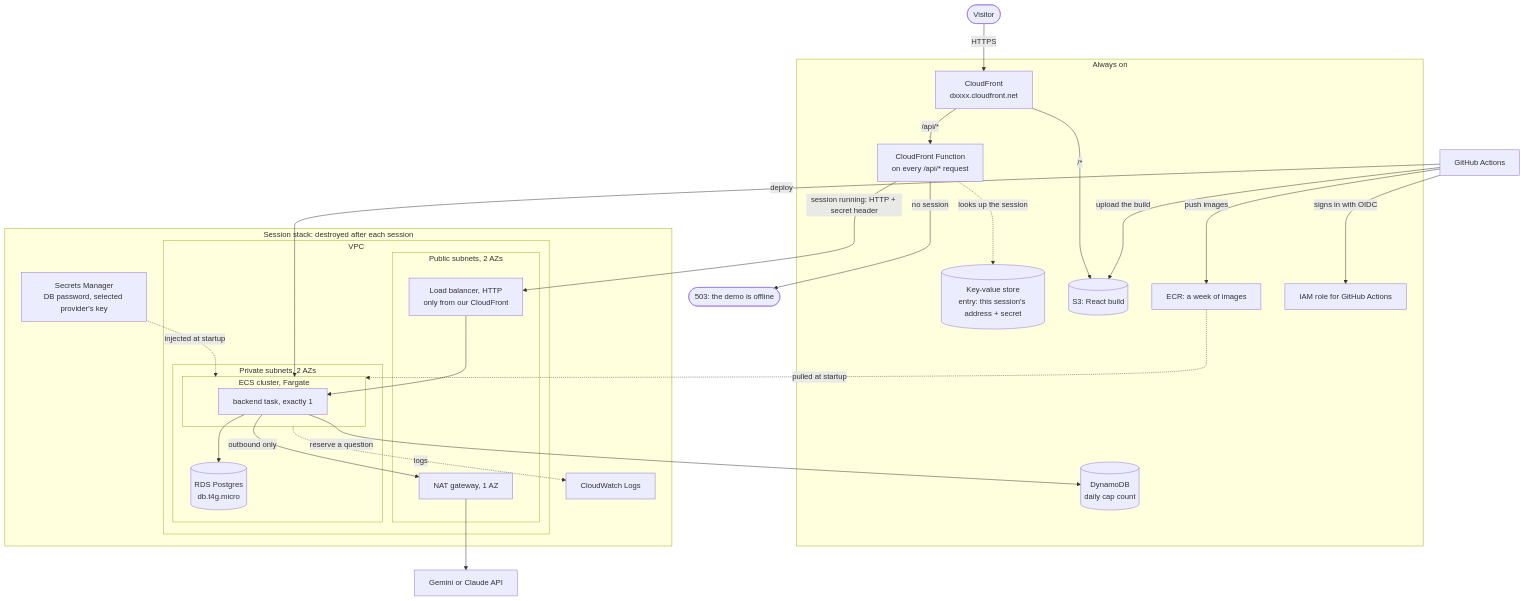
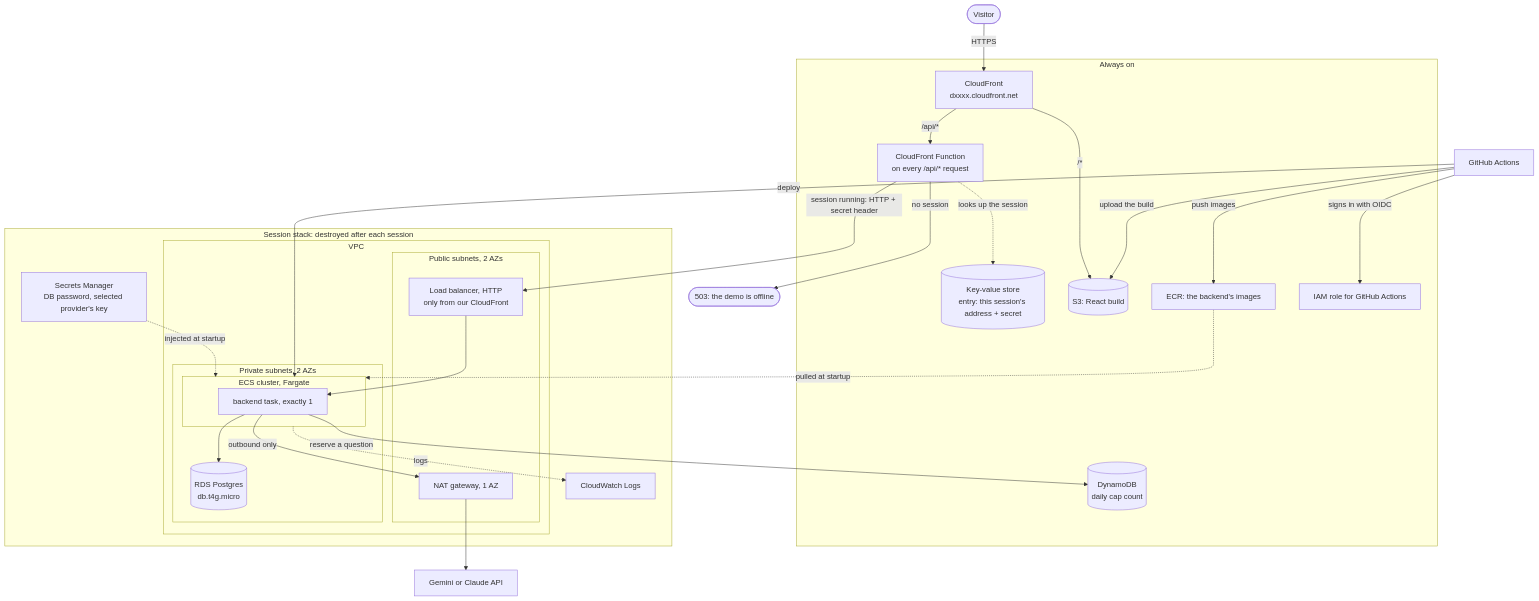
One commit to vovadyach/dashgen changed the sixth of 8 diagrams in docs/design.md. Above: the diagram before and after it, drawn with Mermaid. The commit also changed other lines of this file and 18 other files, not shown here.

````diff
--- a/docs/design.md
+++ b/docs/design.md
@@ -278,52 +278,52 @@
 ```mermaid
 flowchart TB
     visitor(["Visitor"])
     gha["GitHub Actions"]
     model["Gemini or Claude API"]
     offline(["503: the demo is offline"])
 
     subgraph base ["Always on"]
         cf["CloudFront<br/>dxxxx.cloudfront.net"]
         fn["CloudFront Function<br/>on every /api/* request"]
         kvs[("Key-value store<br/>entry: this session's address + secret")]
         ddb[("DynamoDB<br/>daily cap count")]
         site[("S3: React build")]
-        ecr["ECR: a week of images"]
+        ecr["ECR: the backend's images"]
         role["IAM role for GitHub Actions"]
     end
 
     subgraph appstack ["Session stack: destroyed after each session"]
         secrets["Secrets Manager<br/>DB password, selected provider's key"]
         logs["CloudWatch Logs"]
         subgraph vpc ["VPC"]
             subgraph pub ["Public subnets, 2 AZs"]
                 alb["Load balancer, HTTP<br/>only from our CloudFront"]
                 nat["NAT gateway, 1 AZ"]
             end
             subgraph priv ["Private subnets, 2 AZs"]
                 subgraph ecs ["ECS cluster, Fargate"]
                     be["backend task, exactly 1"]
                 end
                 rds[("RDS Postgres<br/>db.t4g.micro")]
             end
         end
     end
 
     visitor -->|"HTTPS"| cf
     cf -->|"/*"| site
     cf -->|"/api/*"| fn
     fn -.->|"looks up the session"| kvs
     fn -->|"no session"| offline
     fn -->|"session running: HTTP + secret header"| alb
     alb --> be
     be --> rds
     be -->|"outbound only"| nat --> model
     be -->|"reserve a question"| ddb
     secrets -.->|"injected at startup"| ecs
     ecr -.->|"pulled at startup"| ecs
     ecs -.->|"logs"| logs
     gha -->|"signs in with OIDC"| role
     gha -->|"push images"| ecr
     gha -->|"deploy"| ecs
     gha -->|"upload the build"| site
 ```
````
